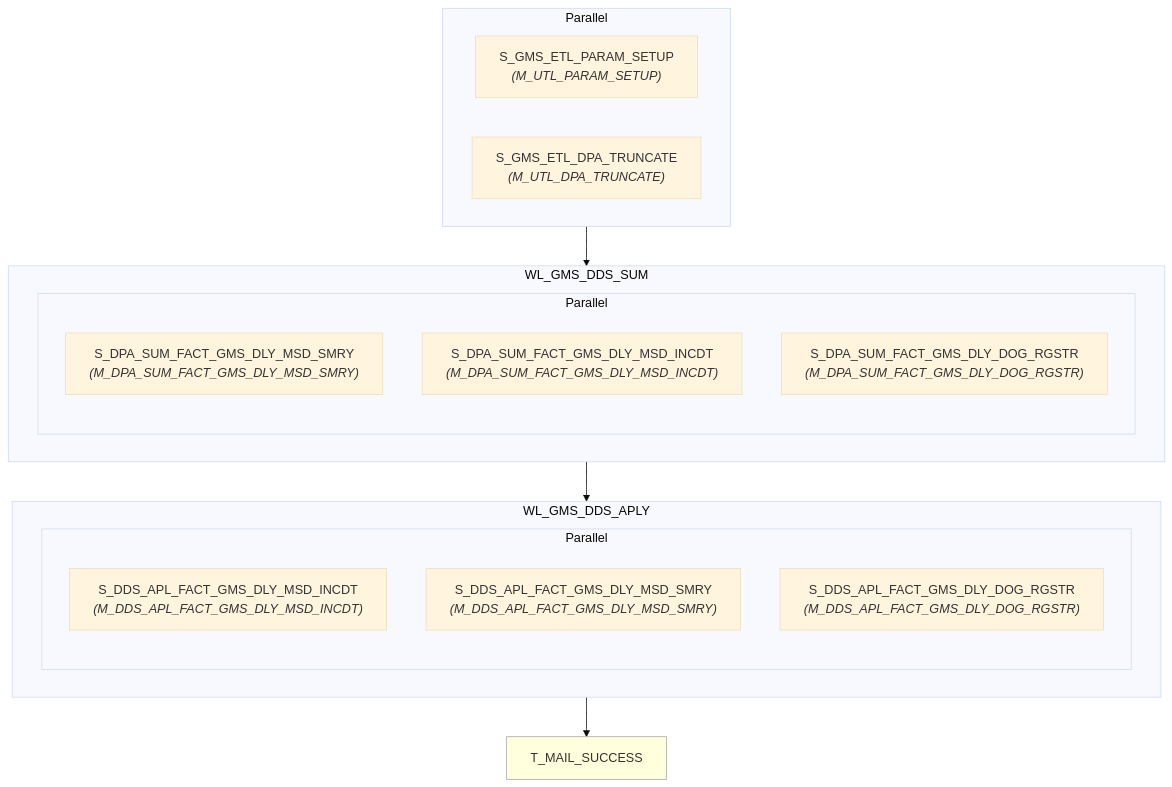
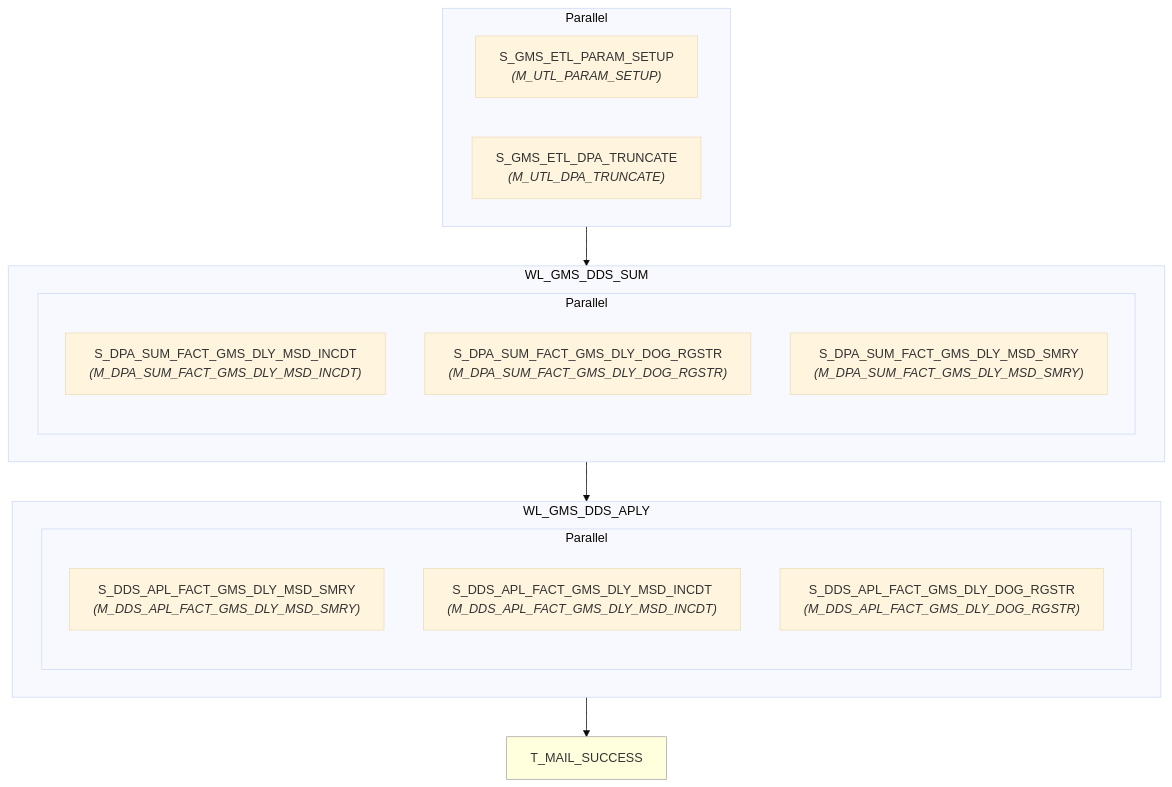
One commit to asl-adamxu/informatica-sparker-poc changed the diagram in informatica/PySpark_workflows/dds/WF_GMS_DDS_APLY_DLY/wf_gms_dds_aply_dly.md. Above: the diagram before and after it, drawn with Mermaid (base theme). The commit also changed 256 other files, not shown here.

````diff
--- a/informatica/PySpark_workflows/dds/WF_GMS_DDS_APLY_DLY/wf_gms_dds_aply_dly.md
+++ b/informatica/PySpark_workflows/dds/WF_GMS_DDS_APLY_DLY/wf_gms_dds_aply_dly.md
@@ -7,34 +7,34 @@
 ```mermaid
 flowchart TD
     n1["S_GMS_ETL_PARAM_SETUP<br/><i>(M_UTL_PARAM_SETUP)</i>"]
     n2["S_GMS_ETL_DPA_TRUNCATE<br/><i>(M_UTL_DPA_TRUNCATE)</i>"]
     subgraph pg3[Parallel]
         n1
         n2
     end
     subgraph wkl4["WL_GMS_DDS_SUM"]
-    n5["S_DPA_SUM_FACT_GMS_DLY_MSD_SMRY<br/><i>(M_DPA_SUM_FACT_GMS_DLY_MSD_SMRY)</i>"]
-    n6["S_DPA_SUM_FACT_GMS_DLY_MSD_INCDT<br/><i>(M_DPA_SUM_FACT_GMS_DLY_MSD_INCDT)</i>"]
-    n7["S_DPA_SUM_FACT_GMS_DLY_DOG_RGSTR<br/><i>(M_DPA_SUM_FACT_GMS_DLY_DOG_RGSTR)</i>"]
+    n5["S_DPA_SUM_FACT_GMS_DLY_MSD_INCDT<br/><i>(M_DPA_SUM_FACT_GMS_DLY_MSD_INCDT)</i>"]
+    n6["S_DPA_SUM_FACT_GMS_DLY_DOG_RGSTR<br/><i>(M_DPA_SUM_FACT_GMS_DLY_DOG_RGSTR)</i>"]
+    n7["S_DPA_SUM_FACT_GMS_DLY_MSD_SMRY<br/><i>(M_DPA_SUM_FACT_GMS_DLY_MSD_SMRY)</i>"]
     subgraph pg8[Parallel]
         n5
         n6
         n7
     end
     end
     subgraph wkl9["WL_GMS_DDS_APLY"]
-    n10["S_DDS_APL_FACT_GMS_DLY_MSD_INCDT<br/><i>(M_DDS_APL_FACT_GMS_DLY_MSD_INCDT)</i>"]
-    n11["S_DDS_APL_FACT_GMS_DLY_MSD_SMRY<br/><i>(M_DDS_APL_FACT_GMS_DLY_MSD_SMRY)</i>"]
+    n10["S_DDS_APL_FACT_GMS_DLY_MSD_SMRY<br/><i>(M_DDS_APL_FACT_GMS_DLY_MSD_SMRY)</i>"]
+    n11["S_DDS_APL_FACT_GMS_DLY_MSD_INCDT<br/><i>(M_DDS_APL_FACT_GMS_DLY_MSD_INCDT)</i>"]
     n12["S_DDS_APL_FACT_GMS_DLY_DOG_RGSTR<br/><i>(M_DDS_APL_FACT_GMS_DLY_DOG_RGSTR)</i>"]
     subgraph pg13[Parallel]
         n10
         n11
         n12
     end
     end
     n14["T_MAIL_SUCCESS"]
     style n14 fill:#ffd,stroke:#aaa,stroke-width:1px
     pg3 --> wkl4
     wkl4 --> wkl9
     wkl9 --> n14
 ```
````
